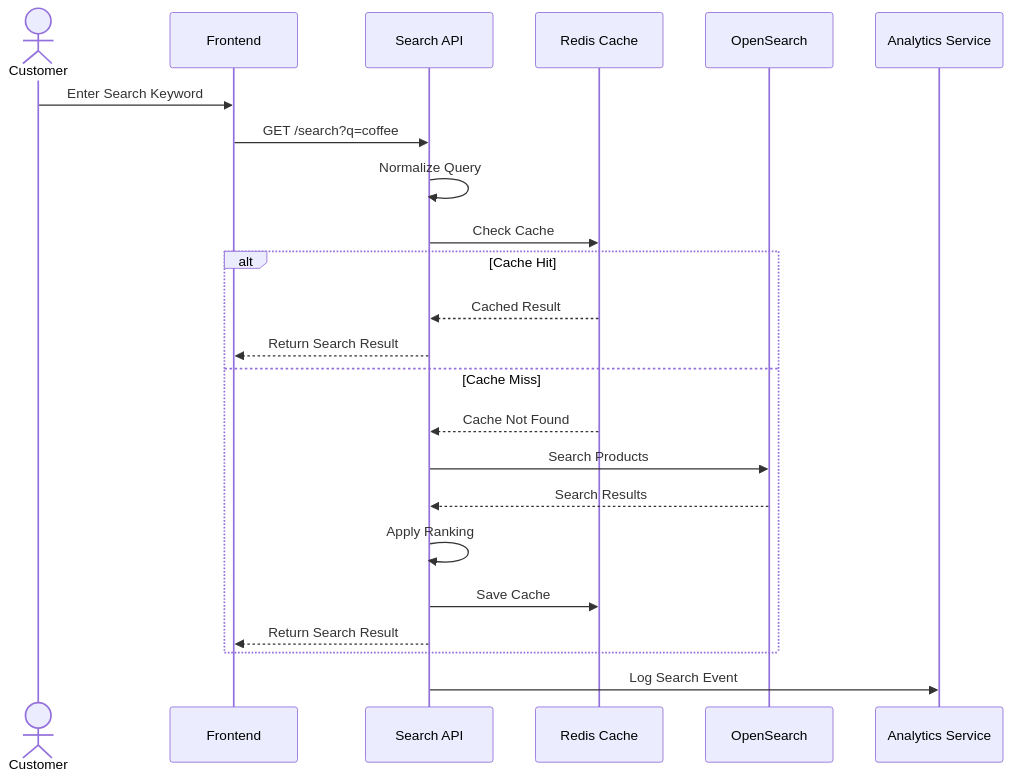
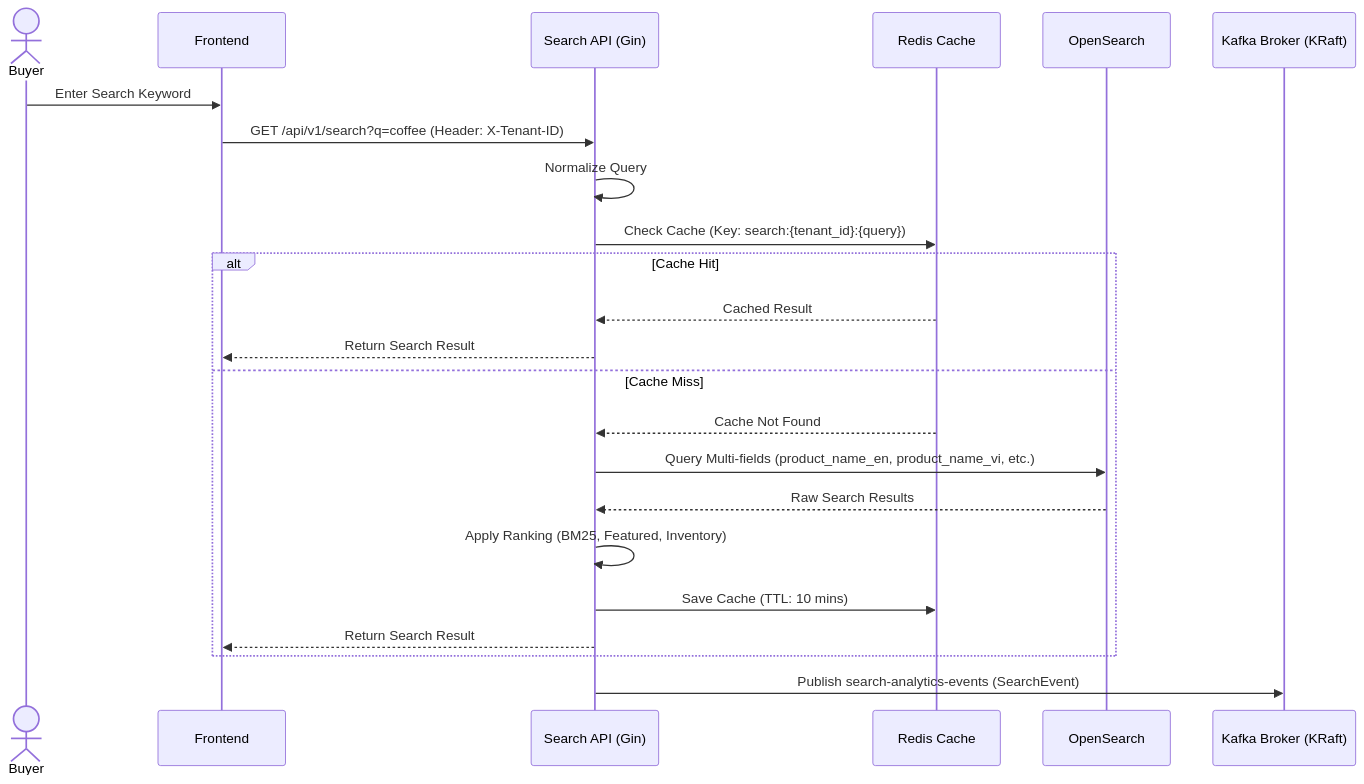
One commit to PhamHao1412/search-engine changed the first of 2 diagrams in ba/user-stories/US-002-Product-Search.md. Above: the diagram before and after it, drawn with Mermaid. The commit also changed other lines of this file and 66 other files, not shown here.

Commit message:
[main]feat: implement product ingestion pipeline and product search api (us-001 & us-002)

````diff
--- a/ba/user-stories/US-002-Product-Search.md
+++ b/ba/user-stories/US-002-Product-Search.md
@@ -105,43 +105,43 @@
 ```mermaid
 sequenceDiagram
 
-actor Customer
+actor Buyer
 
 participant FE as Frontend
-participant SearchAPI as Search API
+participant SearchAPI as Search API (Gin)
 participant Redis as Redis Cache
 participant OpenSearch as OpenSearch
-participant Analytics as Analytics Service
+participant Broker as Kafka Broker (KRaft)
 
-Customer->>FE: Enter Search Keyword
+Buyer->>FE: Enter Search Keyword
 
-FE->>SearchAPI: GET /search?q=coffee
+FE->>SearchAPI: GET /api/v1/search?q=coffee (Header: X-Tenant-ID)
 
 SearchAPI->>SearchAPI: Normalize Query
 
-SearchAPI->>Redis: Check Cache
+SearchAPI->>Redis: Check Cache (Key: search:{tenant_id}:{query})
 
 alt Cache Hit
 
 Redis-->>SearchAPI: Cached Result
 
 SearchAPI-->>FE: Return Search Result
 
 else Cache Miss
 
 Redis-->>SearchAPI: Cache Not Found
 
-SearchAPI->>OpenSearch: Search Products
+SearchAPI->>OpenSearch: Query Multi-fields (product_name_en, product_name_vi, etc.)
 
-OpenSearch-->>SearchAPI: Search Results
+OpenSearch-->>SearchAPI: Raw Search Results
 
-SearchAPI->>SearchAPI: Apply Ranking
+SearchAPI->>SearchAPI: Apply Ranking (BM25, Featured, Inventory)
 
-SearchAPI->>Redis: Save Cache
+SearchAPI->>Redis: Save Cache (TTL: 10 mins)
 
 SearchAPI-->>FE: Return Search Result
 
 end
 
-SearchAPI->>Analytics: Log Search Event
+SearchAPI->>Broker: Publish search-analytics-events (SearchEvent)
 ```
````
